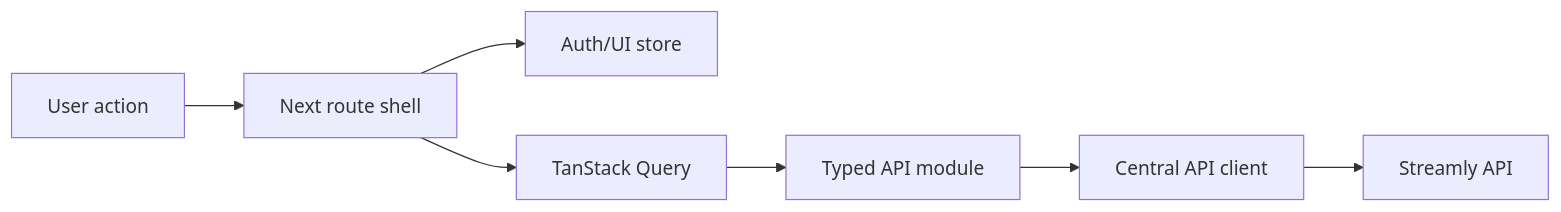
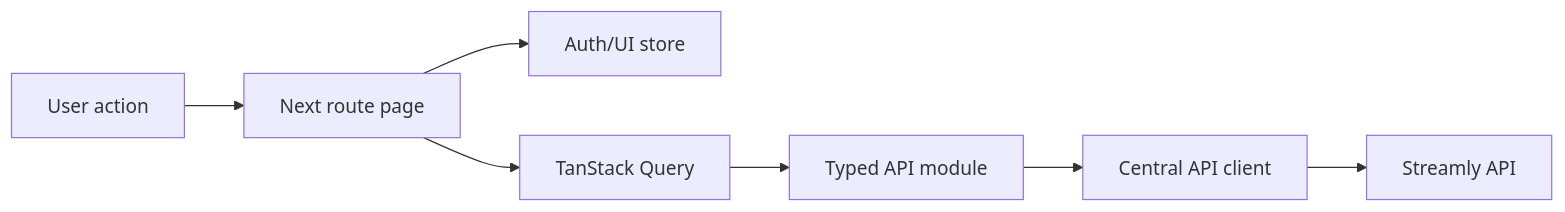
The diagram in frontend/docs/FRONTEND_ARCHITECTURE.md (tushar-gour/streamly-2.0), drawn with Mermaid before and after one commit. The commit also changed other lines of this file and 23 other files, not shown here.

````diff
--- a/frontend/docs/FRONTEND_ARCHITECTURE.md
+++ b/frontend/docs/FRONTEND_ARCHITECTURE.md
@@ -58,9 +58,9 @@
 ```mermaid
 flowchart LR
-  User["User action"] --> Route["Next route shell"]
+  User["User action"] --> Route["Next route page"]
   Route --> Store["Auth/UI store"]
   Route --> Query["TanStack Query"]
   Query --> Api["Typed API module"]
   Api --> Client["Central API client"]
   Client --> Backend["Streamly API"]
 ```
````
